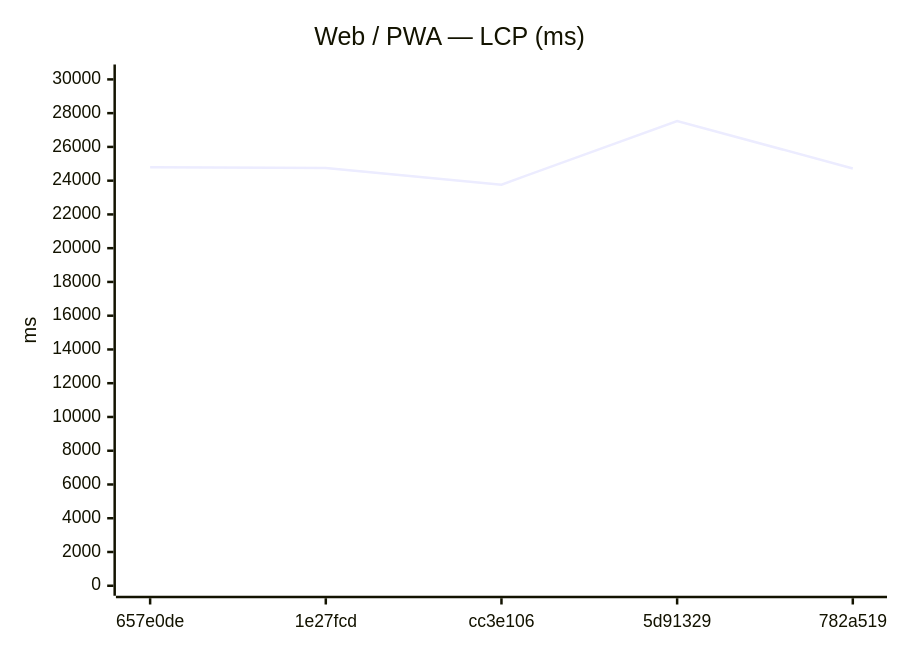
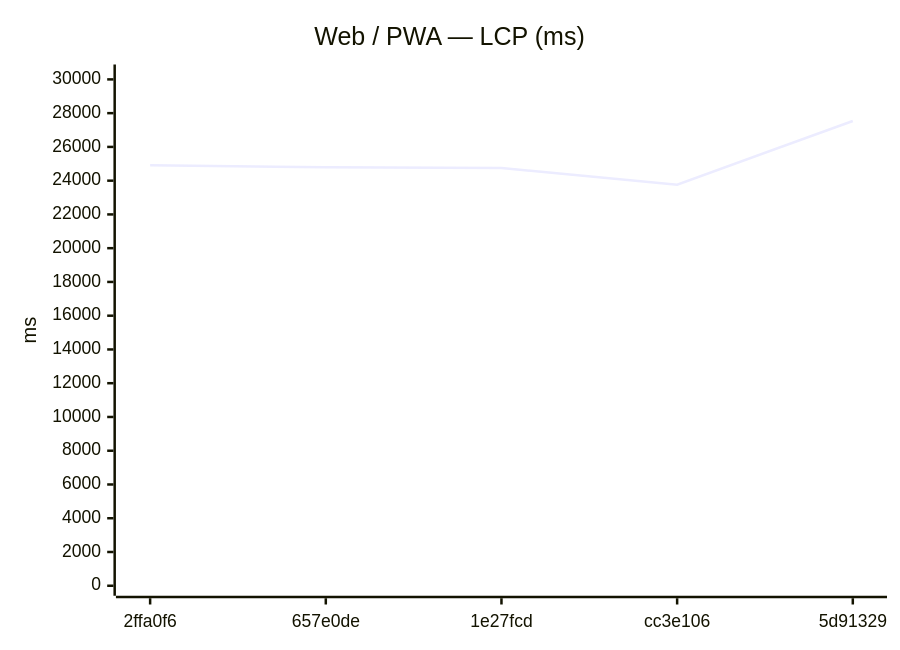
The seventh of 18 diagrams in benchmarks/compare.md (Metaheurist/Rianell), drawn with Mermaid before and after one commit. The commit also changed other lines of this file and 11 other files, not shown here.

````diff
--- a/benchmarks/compare.md
+++ b/benchmarks/compare.md
@@ -117,7 +117,7 @@
 ```mermaid
 xychart-beta
     title "Web / PWA — LCP (ms)"
-    x-axis ["657e0de", "1e27fcd", "cc3e106", "5d91329", "782a519"]
+    x-axis ["2ffa0f6", "657e0de", "1e27fcd", "cc3e106", "5d91329"]
     y-axis "ms" 0 --> 30290
-    line [24797, 24744, 23765, 27536, 24725]
+    line [24910, 24797, 24744, 23765, 27536]
 ```
````
